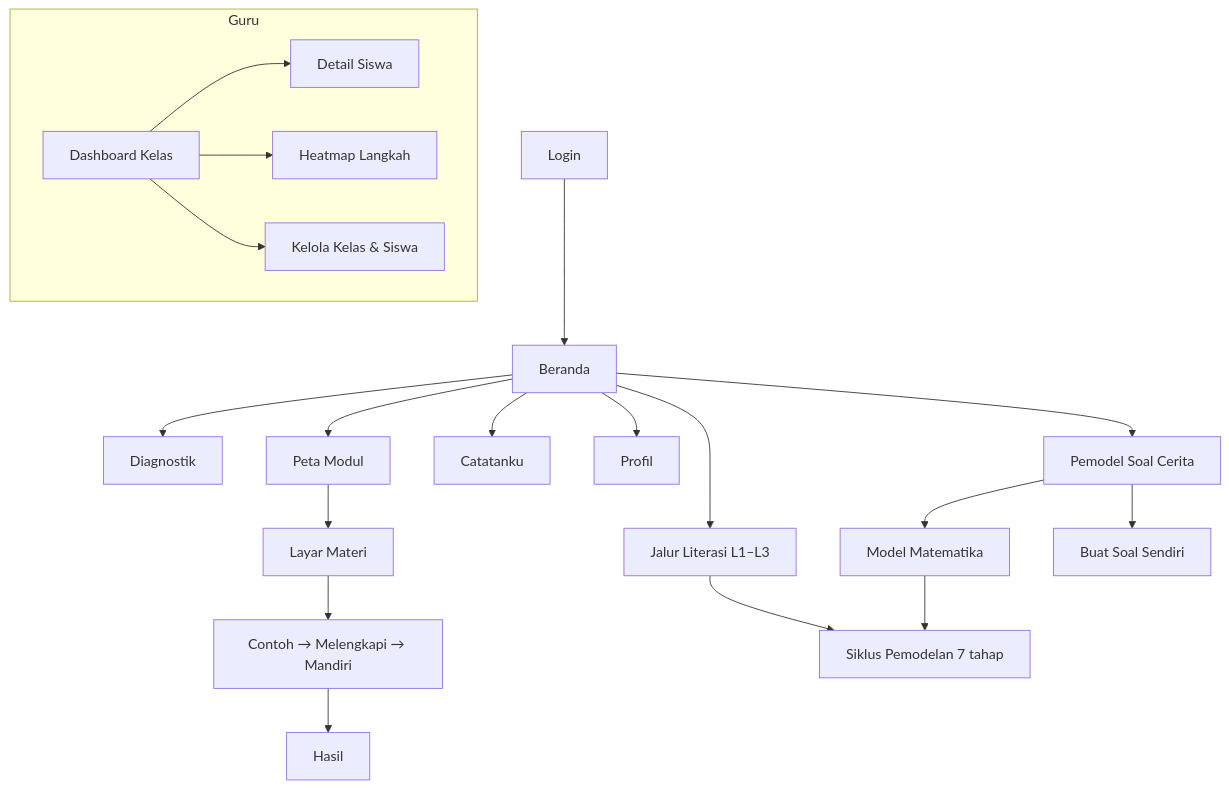
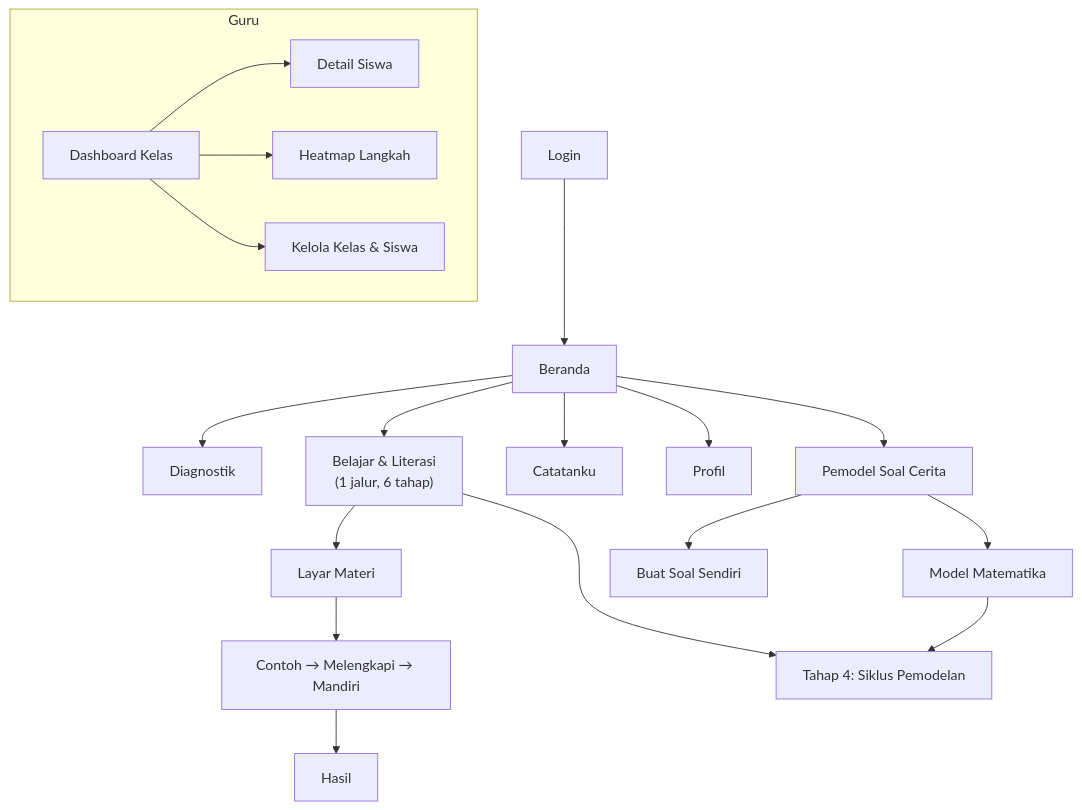
The diagram in docs/06-UI-UX-GUIDELINES.md (RikiAgilSaputra/2225250026_Riki_Agil_Saputra), drawn with Mermaid before and after one commit. The commit also changed other lines of this file and 18 other files, not shown here.

Commit message:
feat: memperbaiki tata letak bagian beranda dan menyatukan bagian literasi dengan bagian belajar

````diff
--- a/docs/06-UI-UX-GUIDELINES.md
+++ b/docs/06-UI-UX-GUIDELINES.md
@@ -88,22 +88,21 @@
 ```mermaid
 flowchart TD
     Login --> Beranda
     Beranda --> Diagnostik
-    Beranda --> PetaModul[Peta Modul]
+    Beranda --> Jalur["Belajar & Literasi<br/>(1 jalur, 6 tahap)"]
     Beranda --> Catatanku
     Beranda --> Profil
-    PetaModul --> Materi[Layar Materi]
+    Jalur --> Materi[Layar Materi]
     Materi --> Latihan[Contoh → Melengkapi → Mandiri]
     Latihan --> Hasil
-    Beranda --> Literasi[Jalur Literasi L1–L3]
-    Literasi --> Siklus[Siklus Pemodelan 7 tahap]
+    Jalur --> Siklus[Tahap 4: Siklus Pemodelan]
     Beranda --> Pemodel[Pemodel Soal Cerita]
     Pemodel --> ModelCard[Model Matematika]
     ModelCard --> Siklus
     Pemodel --> BuatSoal[Buat Soal Sendiri]
     subgraph Guru
       DashKelas[Dashboard Kelas] --> DetailSiswa[Detail Siswa]
       DashKelas --> Heatmap[Heatmap Langkah]
       DashKelas --> KelolaKelas[Kelola Kelas & Siswa]
     end
 ```
````
